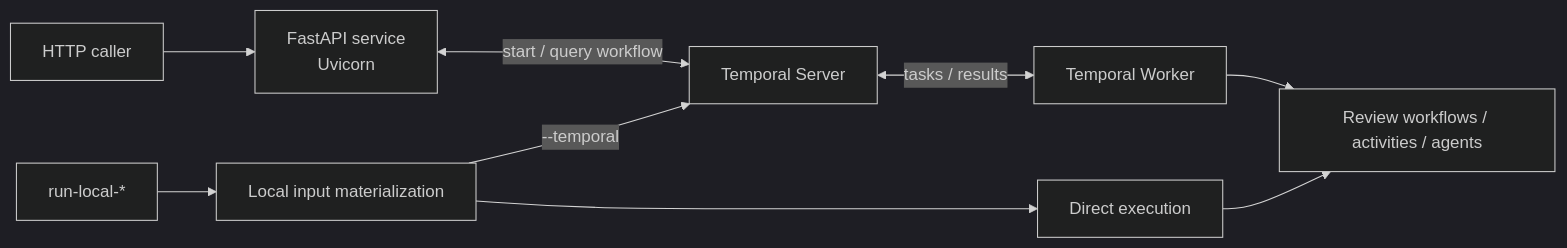
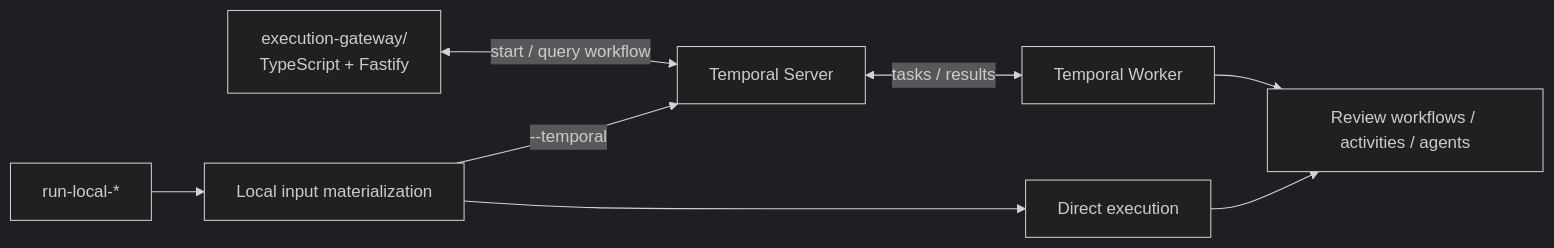
The diagram in agents/README.md (Agent-AI-Chalmers/sec-review-bot), drawn with Mermaid (dark theme) before and after one commit. The commit also changed other lines of this file and 432 other files, not shown here.

````diff
--- a/agents/README.md
+++ b/agents/README.md
@@ -107,13 +107,12 @@
 ```mermaid
 flowchart LR
-    http["HTTP caller"] --> service["FastAPI service<br/>Uvicorn"]
-    service <-->|"start / query workflow"| temporal["Temporal Server"]
+    gateway["execution-gateway/<br/>TypeScript + Fastify"] <-->|"start / query workflow"| temporal["Temporal Server"]
 
     local["run-local-*"] --> materialize["Local input materialization"]
     materialize --> direct["Direct execution"]
     materialize -->|"--temporal"| temporal
 
     temporal <-->|"tasks / results"| worker["Temporal Worker"]
     worker --> execution["Review workflows / activities / agents"]
     direct --> execution
 ```
````
